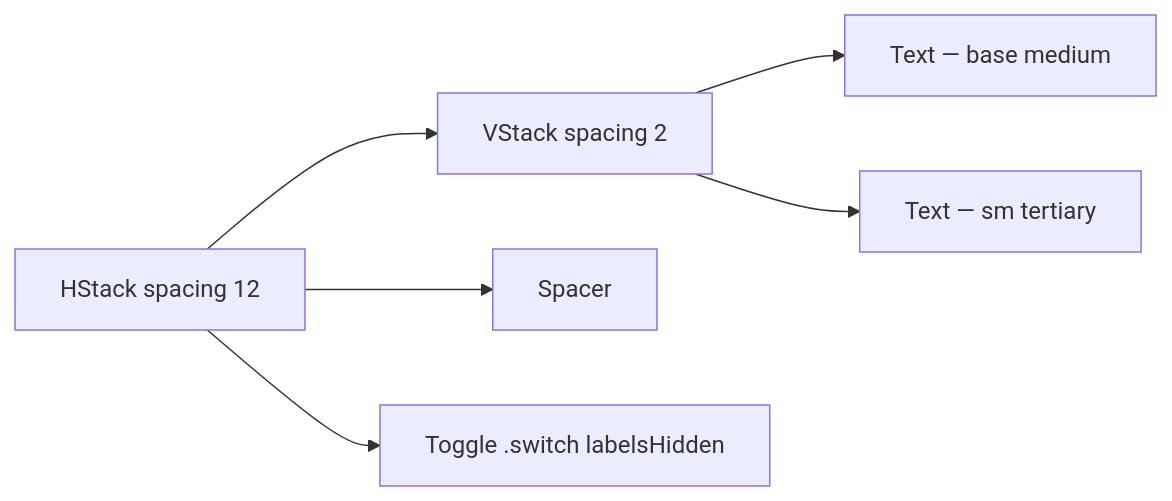
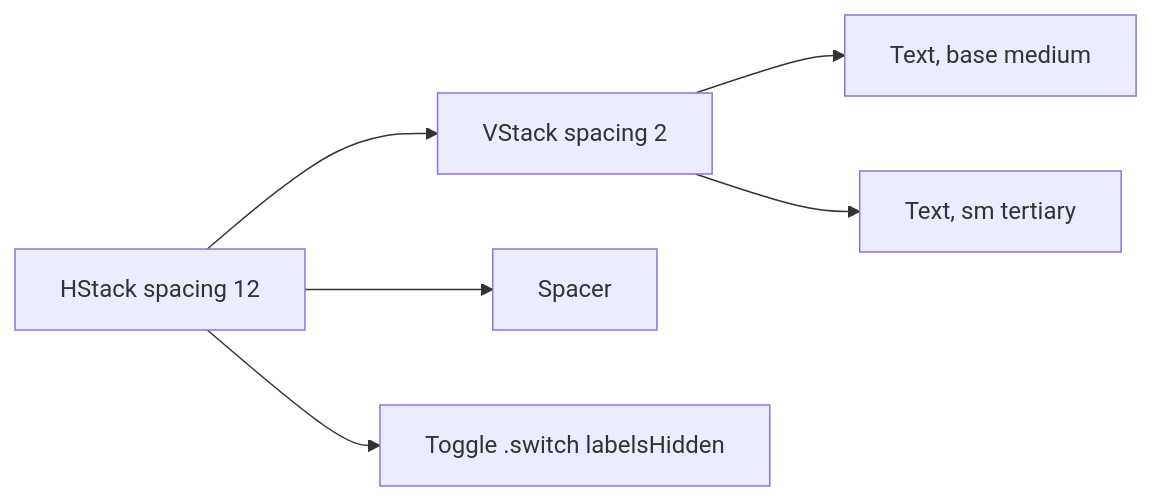
One commit to MrDemonWolf/WolfWave changed the diagram in design-system/components/toggle-setting-row.md. Above: the diagram before and after it, drawn with Mermaid. The commit also changed other lines of this file and 152 other files, not shown here.

````diff
--- a/design-system/components/toggle-setting-row.md
+++ b/design-system/components/toggle-setting-row.md
@@ -38,8 +38,8 @@
 ```mermaid
 graph LR
   Row[HStack spacing 12] --> TextStack[VStack spacing 2]
-  TextStack --> Title[Text — base medium]
-  TextStack --> Subtitle[Text — sm tertiary]
+  TextStack --> Title[Text, base medium]
+  TextStack --> Subtitle[Text, sm tertiary]
   Row --> Spacer
   Row --> Toggle[Toggle .switch labelsHidden]
 ```
````
